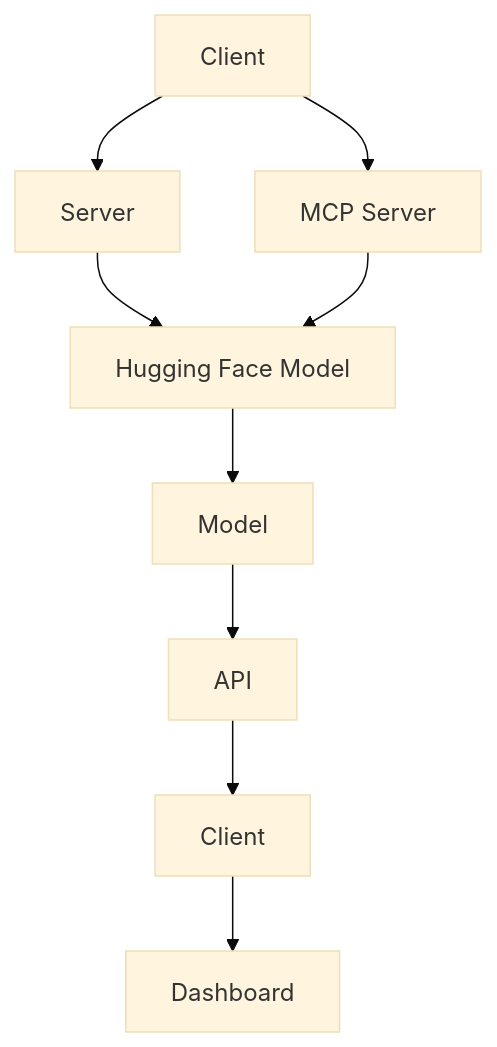
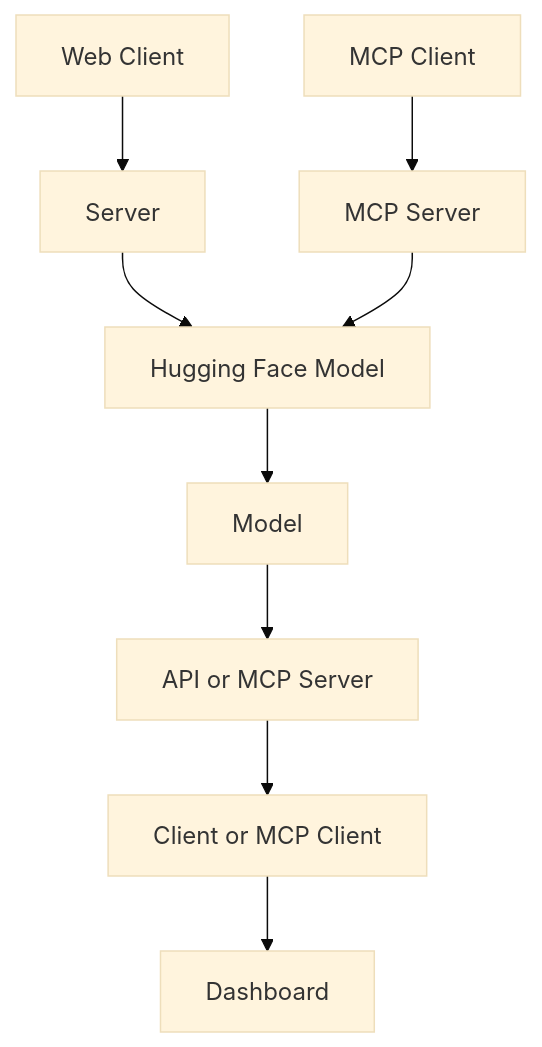
Before and after one commit to tomkat-cr/abstractgo: the fourth of 5 diagrams in README.md, drawn with Mermaid (base theme). The commit also changed other lines of this file, not shown here.

Commit message:
Update README: Revise project description for clarity, enhance resource links, and improve system flow diagrams. Adjust installation instructions and add future feature suggestions, including better authentication and database integration.

````diff
--- a/README.md
+++ b/README.md
@@ -466,11 +468,13 @@
 ```mermaid
 flowchart
-    A[Client] --> B[Server]
-    A[Client] --> C[MCP Server]
-    B --> D[Hugging Face Model]
-    C --> D[Hugging Face Model]
-    D --> E[Model]
-    E --> F[API]
-    F --> G[Client]
-    G --> H[Dashboard]
+    A[Web Client] --> B[Server]
+    C[MCP Client] --> D[MCP Server]
+   
+    B --> E[Hugging Face Model]
+    D --> E[Hugging Face Model]
+
+    E --> F[Model]
+    F --> G[API or MCP Server]
+    G --> H[Client or MCP Client]
+    H --> I[Dashboard]
 ```
````
